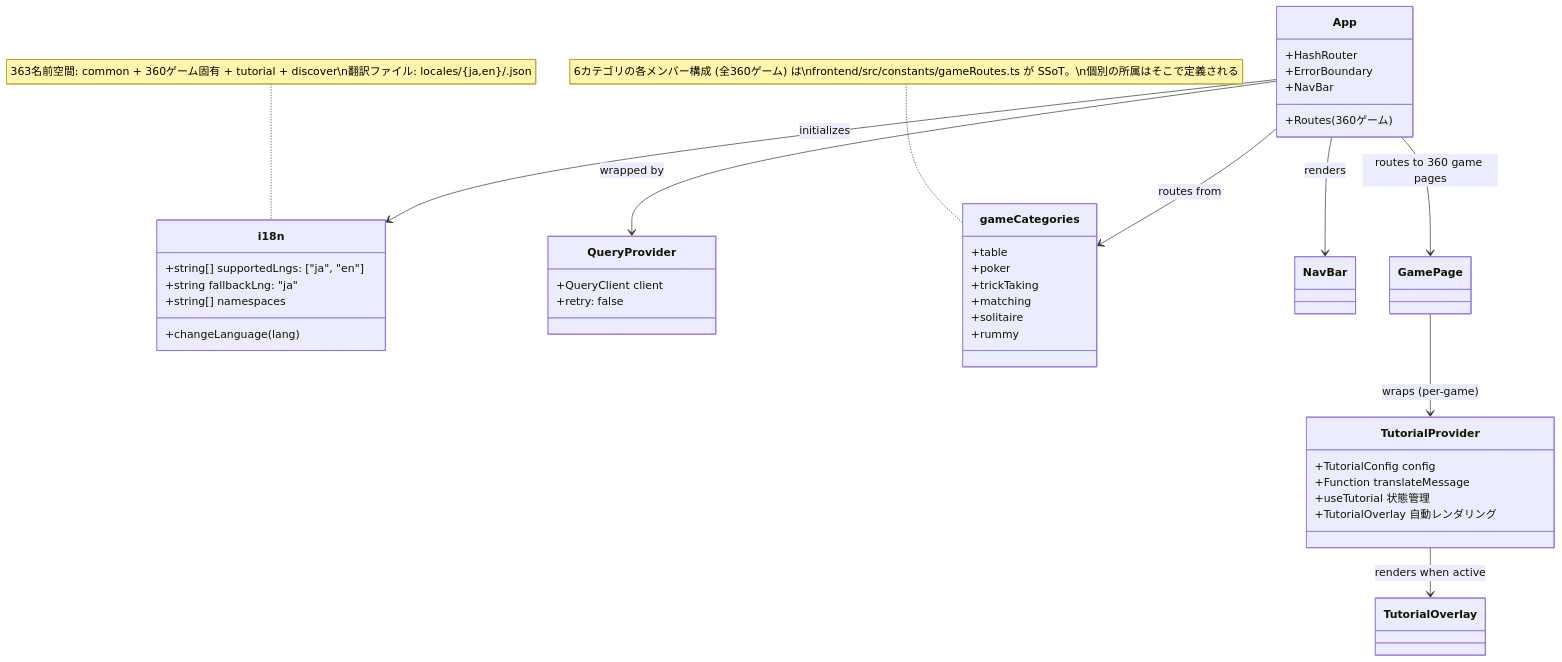
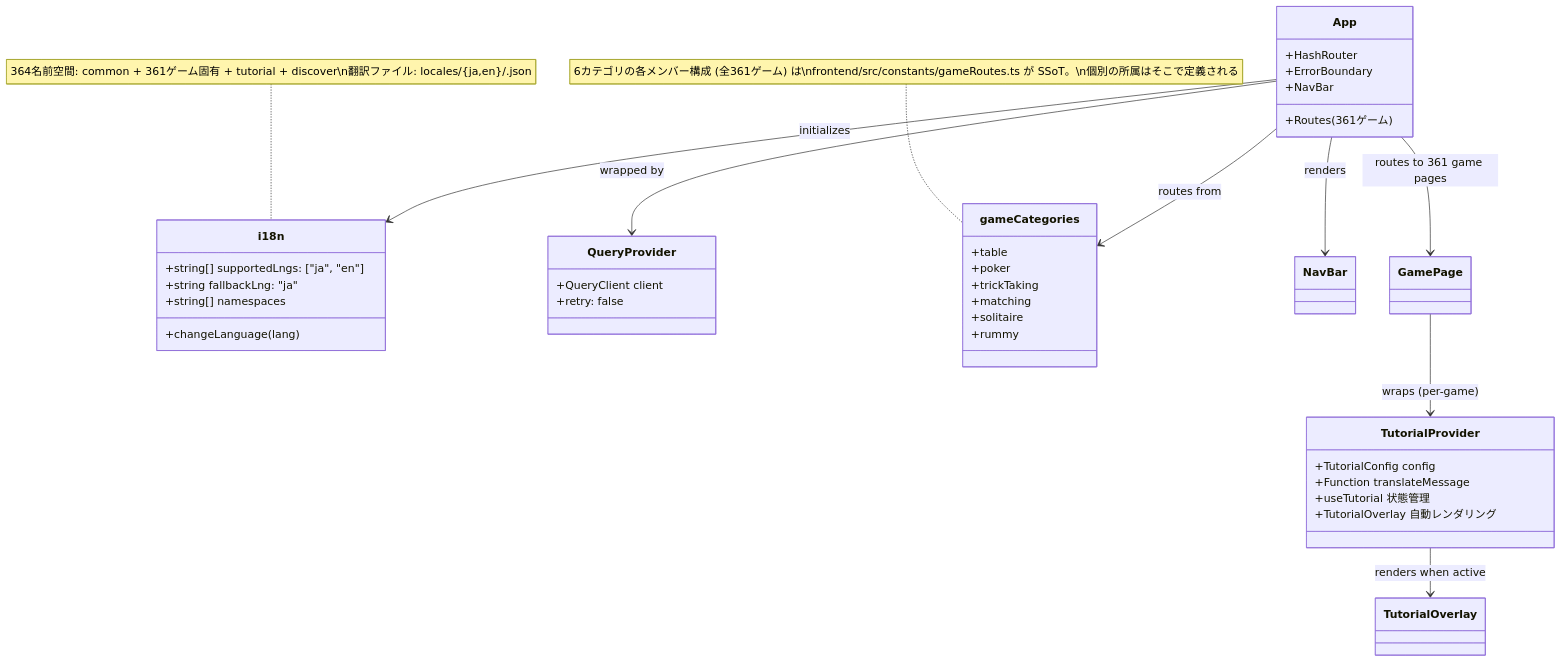
Before and after one commit to yuta-yoshinaga/go_trumpcards: the ninth of 49 diagrams in docs/design/frontend.md, drawn with Mermaid. The commit also changed other lines of this file and 63 other files, not shown here.

````diff
--- a/docs/design/frontend.md
+++ b/docs/design/frontend.md
@@ -1874,48 +1874,48 @@
 ```mermaid
 classDiagram
     class i18n {
         +string[] supportedLngs: ["ja", "en"]
         +string fallbackLng: "ja"
         +string[] namespaces
         +changeLanguage(lang)
     }
 
     class QueryProvider {
         +QueryClient client
         +retry: false
     }
 
     class App {
         +HashRouter
         +ErrorBoundary
         +NavBar
-        +Routes (360ゲーム)
+        +Routes (361ゲーム)
     }
 
     class gameCategories {
         +table
         +poker
         +trickTaking
         +matching
         +solitaire
         +rummy
     }
-    note for gameCategories "6カテゴリの各メンバー構成 (全360ゲーム) は\nfrontend/src/constants/gameRoutes.ts が SSoT。\n個別の所属はそこで定義される"
+    note for gameCategories "6カテゴリの各メンバー構成 (全361ゲーム) は\nfrontend/src/constants/gameRoutes.ts が SSoT。\n個別の所属はそこで定義される"
 
     class TutorialProvider {
         +TutorialConfig config
         +Function translateMessage
         +useTutorial 状態管理
         +TutorialOverlay 自動レンダリング
     }
 
     App --> QueryProvider : wrapped by
     App --> i18n : initializes
     App --> gameCategories : routes from
     App --> NavBar : renders
-    App --> GamePage : routes to 360 game pages
+    App --> GamePage : routes to 361 game pages
     GamePage --> TutorialProvider : wraps (per-game)
     TutorialProvider --> TutorialOverlay : renders when active
 
-    note for i18n "363名前空間: common + 360ゲーム固有 + tutorial + discover\n翻訳ファイル: locales/{ja,en}/<game>.json"
+    note for i18n "364名前空間: common + 361ゲーム固有 + tutorial + discover\n翻訳ファイル: locales/{ja,en}/<game>.json"
 ```
````
